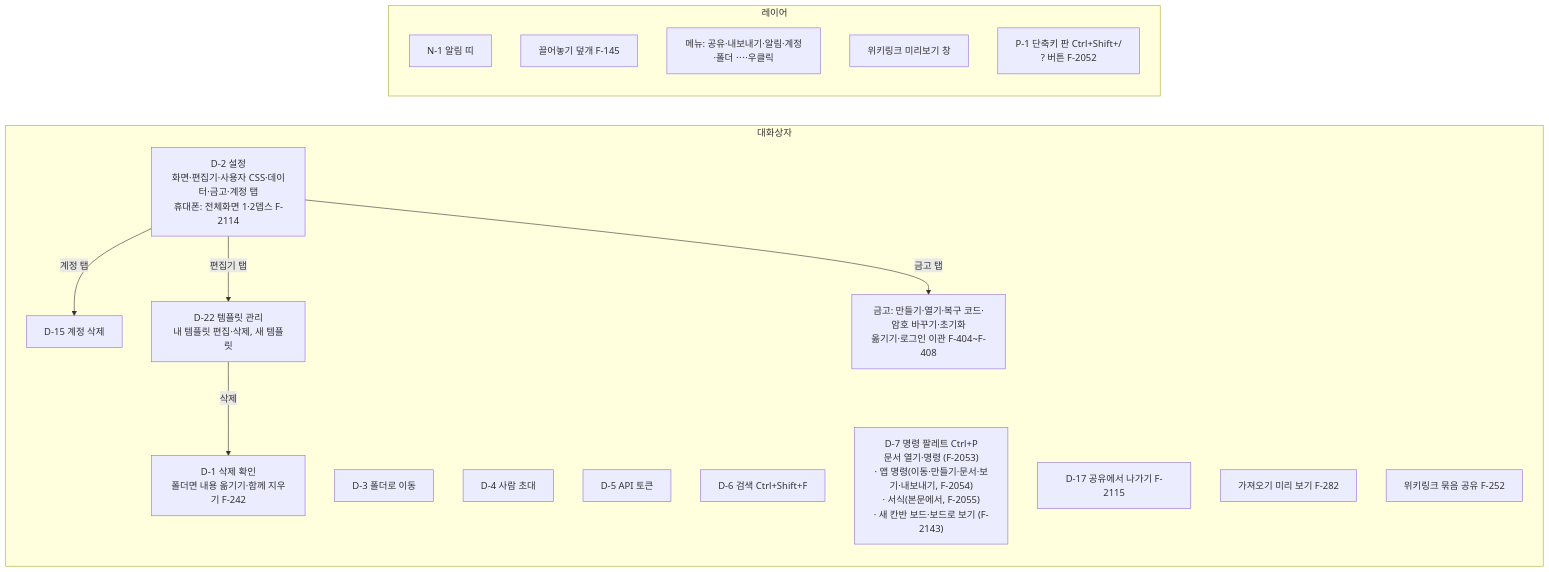
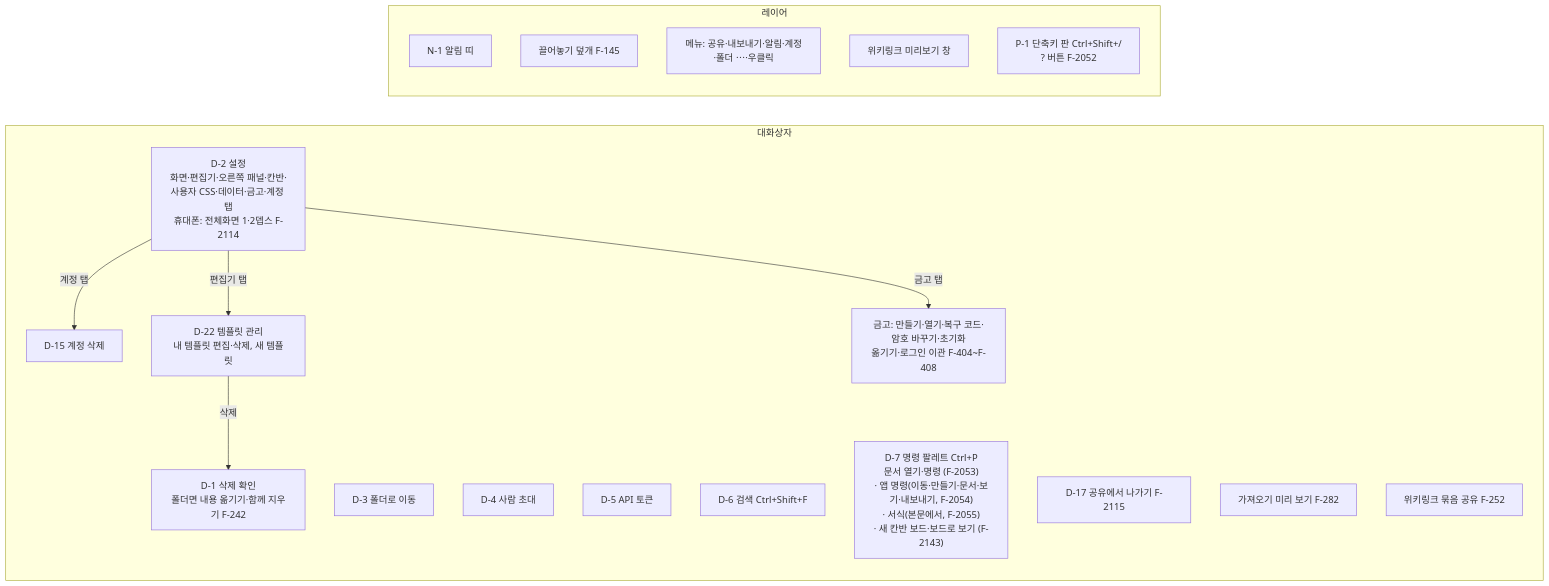
Before and after one commit to R00neyj/rawdoc: the fourth of 5 diagrams in specs/map.md, drawn with Mermaid. The commit also changed other lines of this file and 30 other files, not shown here.

````diff
--- a/specs/map.md
+++ b/specs/map.md
@@ -119,29 +121,29 @@
 ```mermaid
 flowchart LR
   subgraph dlg["대화상자"]
     D1["D-1 삭제 확인<br/>폴더면 내용 옮기기·함께 지우기 F-242"]
-    D2["D-2 설정<br/>화면·편집기·사용자 CSS·데이터·금고·계정 탭<br/>휴대폰: 전체화면 1·2뎁스 F-2114"]
+    D2["D-2 설정<br/>화면·편집기·오른쪽 패널·칸반·사용자 CSS·데이터·금고·계정 탭<br/>휴대폰: 전체화면 1·2뎁스 F-2114"]
     D3["D-3 폴더로 이동"]
     D4["D-4 사람 초대"]
     D5["D-5 API 토큰"]
     D6["D-6 검색 Ctrl+Shift+F"]
     D7["D-7 명령 팔레트 Ctrl+P<br/>문서 열기·명령 (F-2053)<br/>· 앱 명령(이동·만들기·문서·보기·내보내기, F-2054)<br/>· 서식(본문에서, F-2055)<br/>· 새 칸반 보드·보드로 보기 (F-2143)"]
     D15["D-15 계정 삭제"]
     D17["D-17 공유에서 나가기 F-2115"]
     D22["D-22 템플릿 관리<br/>내 템플릿 편집·삭제, 새 템플릿"]
     imp["가져오기 미리 보기 F-282"]
     set["위키링크 묶음 공유 F-252"]
     vault["금고: 만들기·열기·복구 코드·암호 바꾸기·초기화<br/>옮기기·로그인 이관 F-404~F-408"]
   end
   subgraph layer["레이어"]
     N1["N-1 알림 띠"]
     drop["끌어놓기 덮개 F-145"]
     menus["메뉴: 공유·내보내기·알림·계정·폴더 ⋯·우클릭"]
     preview["위키링크 미리보기 창"]
     P1["P-1 단축키 판 Ctrl+Shift+/<br/>? 버튼 F-2052"]
   end
   D2 -- "계정 탭" --> D15
   D2 -- "편집기 탭" --> D22
   D22 -- "삭제" --> D1
   D2 -- "금고 탭" --> vault
 ```
````
